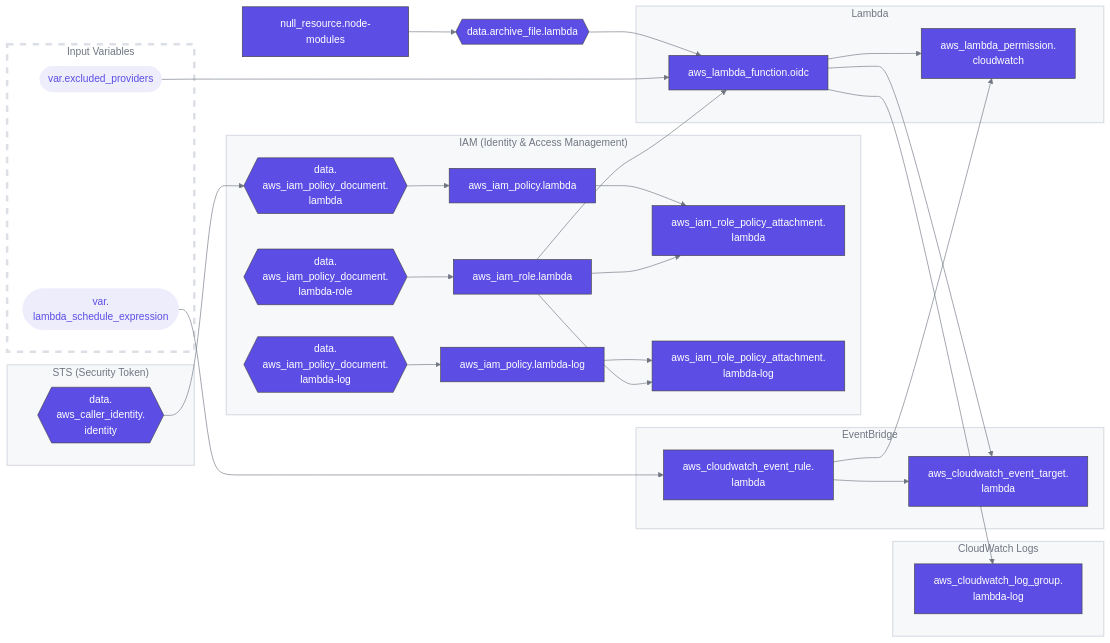
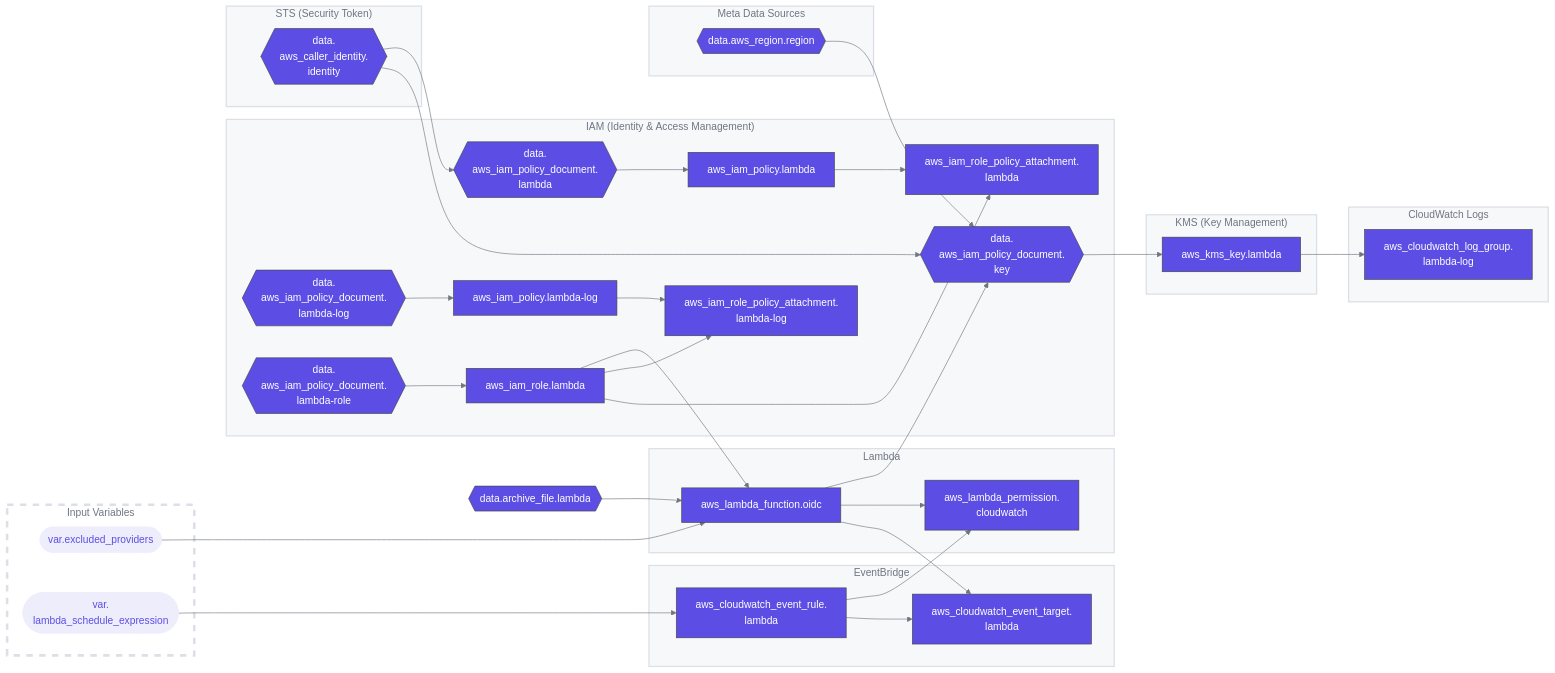
Before and after one commit to asannou/aws-lambda-update-oidc-provider: the diagram in README.md, drawn with Mermaid.

Commit message:
generated

````diff
--- a/README.md
+++ b/README.md
@@ -5,65 +5,76 @@
 ```mermaid
 %%tfmermaid
 %%{init:{"theme":"default","themeVariables":{"lineColor":"#6f7682","textColor":"#6f7682"}}}%%
 flowchart LR
 classDef r fill:#5c4ee5,stroke:#444,color:#fff
 classDef v fill:#eeedfc,stroke:#eeedfc,color:#5c4ee5
 classDef ms fill:none,stroke:#dce0e6,stroke-width:2px
 classDef vs fill:none,stroke:#dce0e6,stroke-width:4px,stroke-dasharray:10
 classDef ps fill:none,stroke:none
 classDef cs fill:#f7f8fa,stroke:#dce0e6,stroke-width:2px
 subgraph "n0"["EventBridge"]
 n1["aws_cloudwatch_event_rule.<br/>lambda"]:::r
 n2["aws_cloudwatch_event_target.<br/>lambda"]:::r
 end
 class n0 cs
 subgraph "n3"["CloudWatch Logs"]
 n4["aws_cloudwatch_log_group.<br/>lambda-log"]:::r
 end
 class n3 cs
 subgraph "n5"["IAM (Identity & Access Management)"]
 n6["aws_iam_policy.lambda"]:::r
 n7["aws_iam_policy.lambda-log"]:::r
 n8["aws_iam_role.lambda"]:::r
 n9["aws_iam_role_policy_attachment.<br/>lambda"]:::r
 na["aws_iam_role_policy_attachment.<br/>lambda-log"]:::r
-nb{{"data.<br/>aws_iam_policy_document.<br/>lambda"}}:::r
-nc{{"data.<br/>aws_iam_policy_document.<br/>lambda-log"}}:::r
-nd{{"data.<br/>aws_iam_policy_document.<br/>lambda-role"}}:::r
+nb{{"data.<br/>aws_iam_policy_document.<br/>key"}}:::r
+nc{{"data.<br/>aws_iam_policy_document.<br/>lambda"}}:::r
+nd{{"data.<br/>aws_iam_policy_document.<br/>lambda-log"}}:::r
+ne{{"data.<br/>aws_iam_policy_document.<br/>lambda-role"}}:::r
 end
 class n5 cs
-subgraph "ne"["Lambda"]
-nf["aws_lambda_function.oidc"]:::r
-ng["aws_lambda_permission.<br/>cloudwatch"]:::r
+subgraph "nf"["KMS (Key Management)"]
+ng["aws_kms_key.lambda"]:::r
 end
-class ne cs
-nh{{"data.archive_file.lambda"}}:::r
-subgraph "ni"["STS (Security Token)"]
-nj{{"data.<br/>aws_caller_identity.<br/>identity"}}:::r
+class nf cs
+subgraph "nh"["Lambda"]
+ni["aws_lambda_function.oidc"]:::r
+nj["aws_lambda_permission.<br/>cloudwatch"]:::r
 end
-class ni cs
-nk["null_resource.node-modules"]:::r
-subgraph "nl"["Input Variables"]
-nm(["var.excluded_providers"]):::v
-nn(["var.<br/>lambda_schedule_expression"]):::v
+class nh cs
+nk{{"data.archive_file.lambda"}}:::r
+subgraph "nl"["STS (Security Token)"]
+nm{{"data.<br/>aws_caller_identity.<br/>identity"}}:::r
 end
-class nl vs
-nn---->n1
+class nl cs
+subgraph "nn"["Meta Data Sources"]
+no{{"data.aws_region.region"}}:::r
+end
+class nn cs
+subgraph "np"["Input Variables"]
+nq(["var.excluded_providers"]):::v
+nr(["var.<br/>lambda_schedule_expression"]):::v
+end
+class np vs
+nr---->n1
 n1-->n2
-nf-->n2
-nf-->n4
-nb-->n6
-nc-->n7
-nd-->n8
+ni-->n2
+ng-->n4
+nc-->n6
+nd-->n7
+ne-->n8
 n6-->n9
 n8-->n9
 n7-->na
 n8-->na
-n8-->nf
-nh-->nf
-nm---->nf
-n1-->ng
-nf-->ng
-nk-->nh
-nj-->nb
+nb-->ng
+n8-->ni
+nk-->ni
+nq---->ni
+n1-->nj
+ni-->nj
+ni-->nb
+nm-->nb
+no-->nb
+nm-->nc
 ```
````
